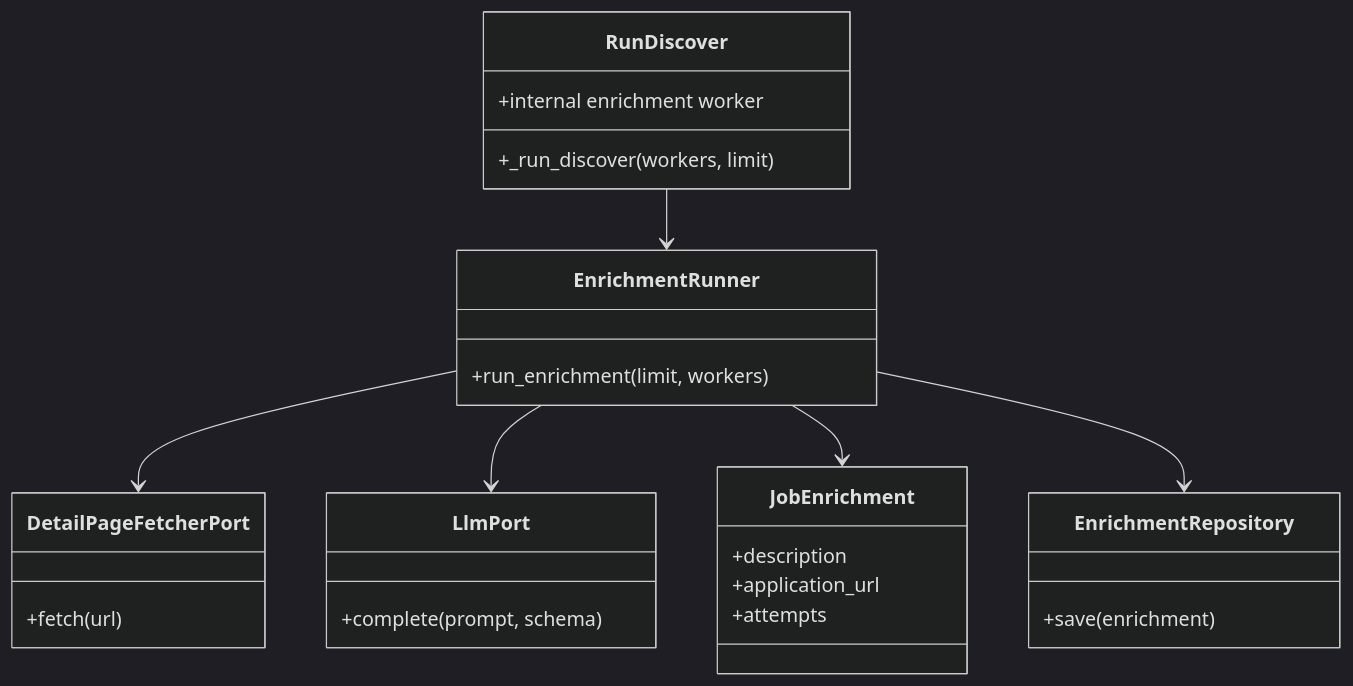
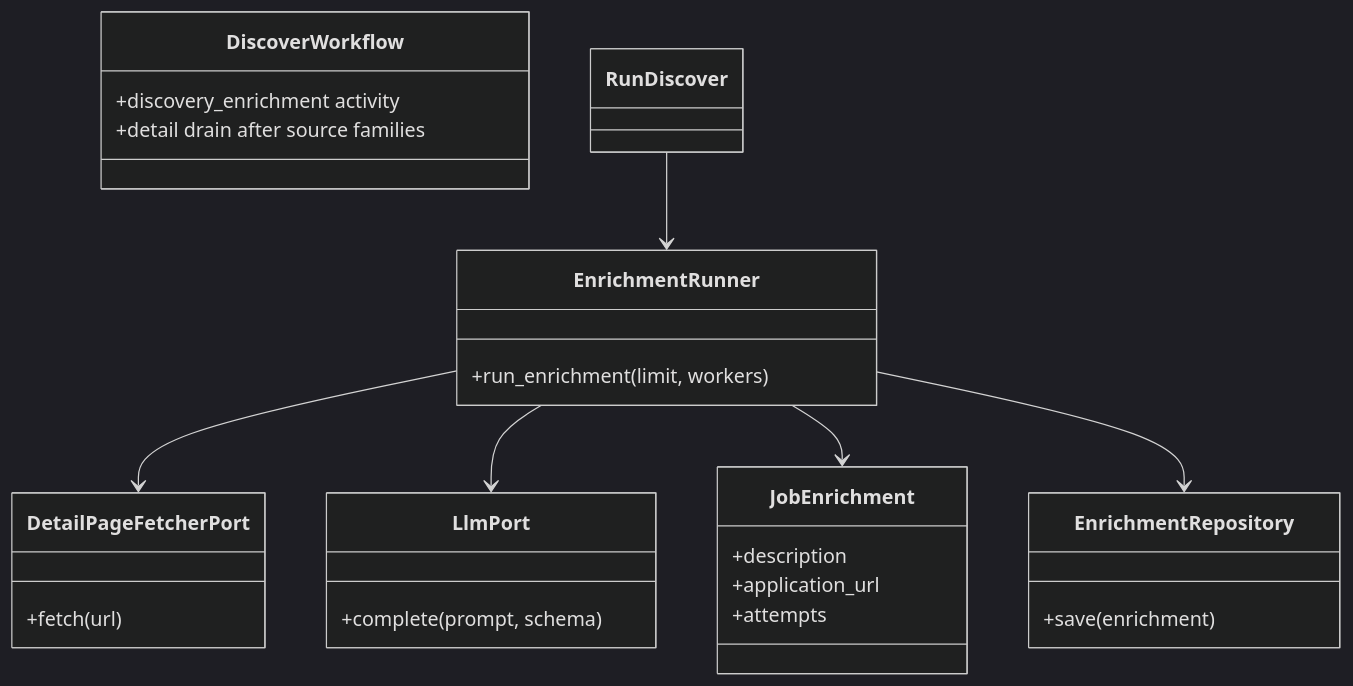
The sixth of 16 diagrams in docs/job-pipeline-architecture.md (ebarti/JobCtrl), drawn with Mermaid (dark theme) before and after one commit. The commit also changed other lines of this file and 27 other files, not shown here.

Commit message:
feat(discovery): decompose discover into workflow

````diff
--- a/docs/job-pipeline-architecture.md
+++ b/docs/job-pipeline-architecture.md
@@ -510,30 +528,30 @@
 ```mermaid
 classDiagram
-    class RunDiscover {
-      +_run_discover(workers, limit)
-      +internal enrichment worker
+    class DiscoverWorkflow {
+      +discovery_enrichment activity
+      +detail drain after source families
     }
     class EnrichmentRunner {
       +run_enrichment(limit, workers)
     }
     class DetailPageFetcherPort {
       +fetch(url)
     }
     class LlmPort {
       +complete(prompt, schema)
     }
     class JobEnrichment {
       +description
       +application_url
       +attempts
     }
     class EnrichmentRepository {
       +save(enrichment)
     }
 
     RunDiscover --> EnrichmentRunner
     EnrichmentRunner --> DetailPageFetcherPort
     EnrichmentRunner --> LlmPort
     EnrichmentRunner --> JobEnrichment
     EnrichmentRunner --> EnrichmentRepository
 ```
````
